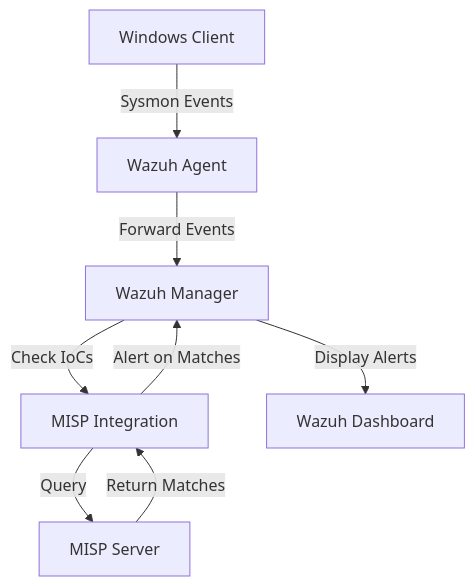
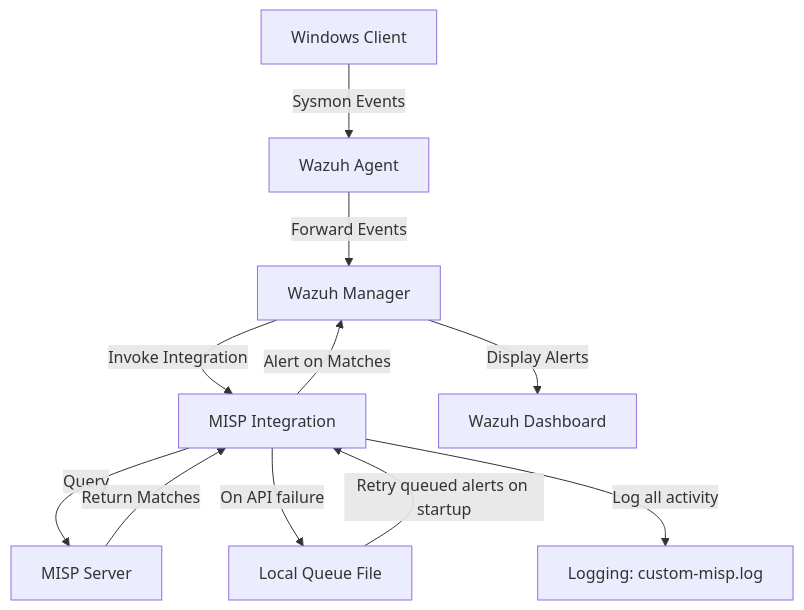
One commit to leonfullxr/Wazuh changed the diagram in integrations/misp/README.md. Above: the diagram before and after it, drawn with Mermaid. The commit also changed other lines of this file, not shown here.

Commit message:
Update README for MISP-Wazuh integration: enhance clarity, fix formatting, and improve installation instructions

````diff
--- a/integrations/misp/README.md
+++ b/integrations/misp/README.md
@@ -641,10 +377,13 @@
 ```mermaid
 graph TD
     A[Windows Client] -->|Sysmon Events| B[Wazuh Agent]
     B -->|Forward Events| C[Wazuh Manager]
-    C -->|Check IoCs| D[MISP Integration]
+    C -->|Invoke Integration| D[MISP Integration]
     D -->|Query| E[MISP Server]
     E -->|Return Matches| D
     D -->|Alert on Matches| C
+    D -->|On API failure| G[Local Queue File]
+    D -->|Log all activity| H[Logging: custom-misp.log]
+    G -->|Retry queued alerts on startup| D
     C -->|Display Alerts| F[Wazuh Dashboard]
 ```
````
